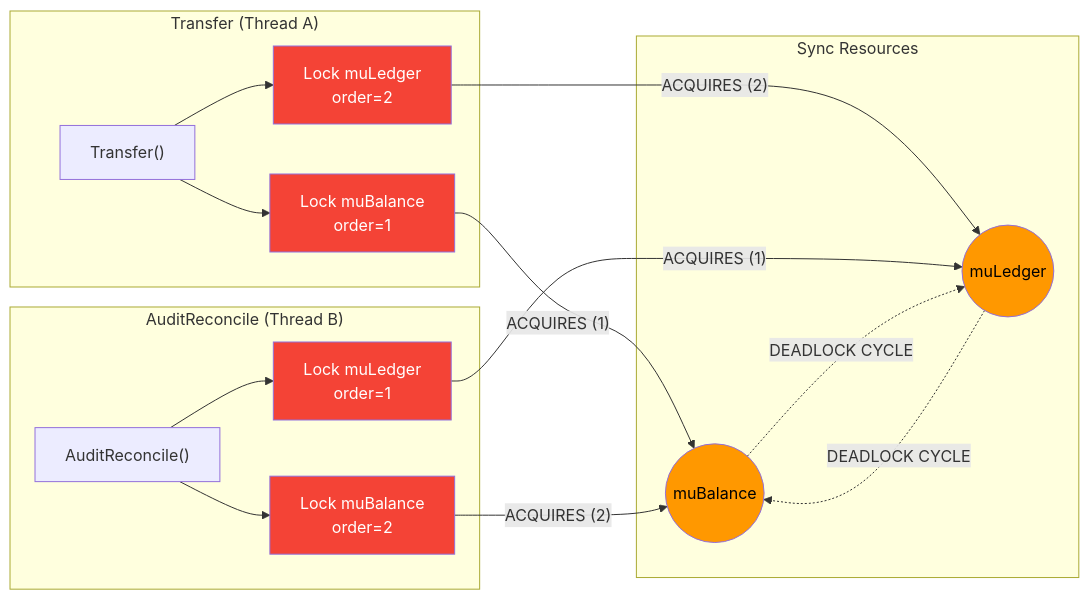
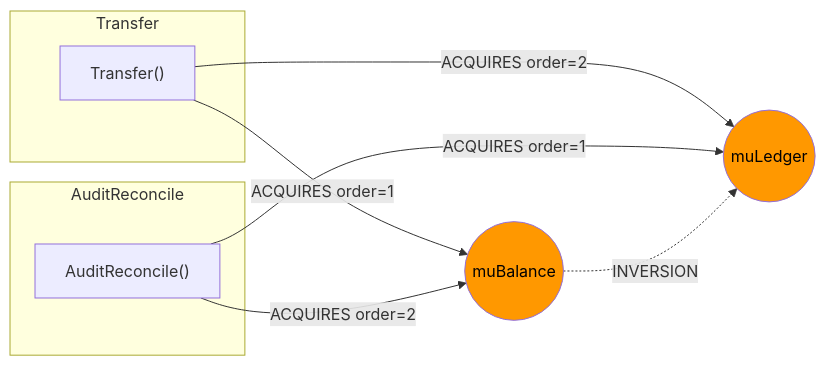
One commit to ricochet1k/orbitmesh changed the fourth of 6 diagrams in docs/CodeFlow/customizable-analysis-rules-review.md. Above: the diagram before and after it, drawn with Mermaid. The commit also changed other lines of this file, not shown here.

````diff
--- a/docs/CodeFlow/customizable-analysis-rules-review.md
+++ b/docs/CodeFlow/customizable-analysis-rules-review.md
@@ -939,35 +1335,24 @@
 ```mermaid
 graph LR
-    subgraph "Transfer (Thread A)"
+    subgraph "Transfer"
         T["Transfer()"]
-        T_B["Lock muBalance<br/>order=1"]
-        T_L["Lock muLedger<br/>order=2"]
     end
 
-    subgraph "AuditReconcile (Thread B)"
+    subgraph "AuditReconcile"
         A["AuditReconcile()"]
-        A_L["Lock muLedger<br/>order=1"]
-        A_B["Lock muBalance<br/>order=2"]
     end
 
-    subgraph "Sync Resources"
-        MB(("muBalance"))
-        ML(("muLedger"))
-    end
+    MB(("muBalance"))
+    ML(("muLedger"))
 
-    T --> T_B -- "ACQUIRES (1)" --> MB
-    T --> T_L -- "ACQUIRES (2)" --> ML
+    T -- "ACQUIRES order=1" --> MB
+    T -- "ACQUIRES order=2" --> ML
 
-    A --> A_L -- "ACQUIRES (1)" --> ML
-    A --> A_B -- "ACQUIRES (2)" --> MB
+    A -- "ACQUIRES order=1" --> ML
+    A -- "ACQUIRES order=2" --> MB
 
-    MB -. "DEADLOCK CYCLE" .-> ML
-    ML -. "DEADLOCK CYCLE" .-> MB
+    MB -. "INVERSION" .-> ML
 
-    style T_B fill:#f44336,color:#fff
-    style T_L fill:#f44336,color:#fff
-    style A_L fill:#f44336,color:#fff
-    style A_B fill:#f44336,color:#fff
     style MB fill:#ff9800,color:#000
     style ML fill:#ff9800,color:#000
 ```
````
